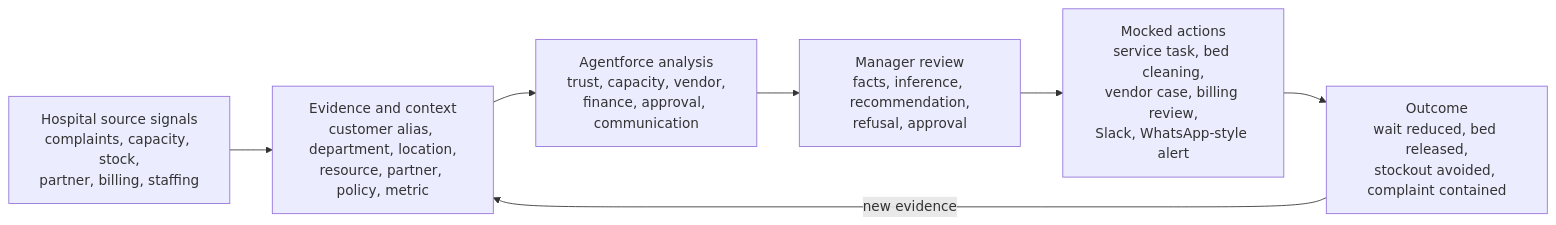
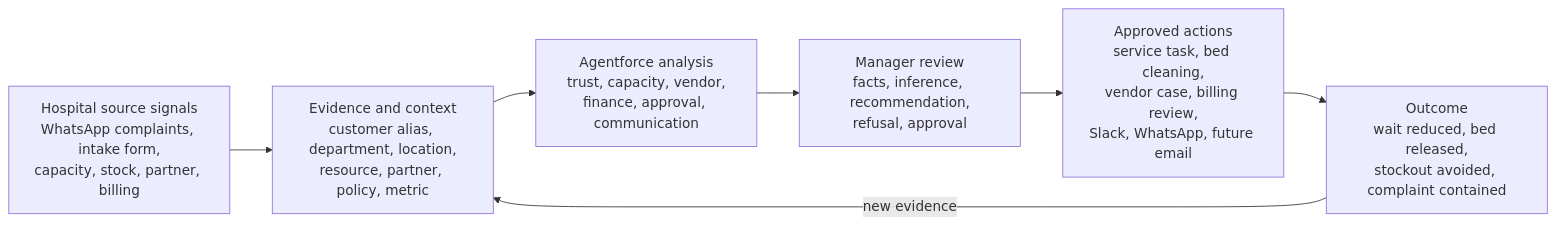
Before and after one commit to freeapikeys/HackathonSalesforce: the first of 2 diagrams in docs/architecture.md, drawn with Mermaid. The commit also changed other lines of this file and 43 other files, not shown here.

Commit message:
docs: define North Star intake and channel flow

````diff
--- a/docs/architecture.md
+++ b/docs/architecture.md
@@ -10,12 +10,12 @@
 ```mermaid
 flowchart LR
-    SOURCES["Hospital source signals<br/>complaints, capacity, stock,<br/>partner, billing, staffing"]
+    SOURCES["Hospital source signals<br/>WhatsApp complaints, intake form,<br/>capacity, stock, partner, billing"]
     CONTEXT["Evidence and context<br/>customer alias, department, location,<br/>resource, partner, policy, metric"]
     AGENTS["Agentforce analysis<br/>trust, capacity, vendor,<br/>finance, approval, communication"]
     REVIEW["Manager review<br/>facts, inference, recommendation,<br/>refusal, approval"]
-    ACTIONS["Mocked actions<br/>service task, bed cleaning,<br/>vendor case, billing review,<br/>Slack, WhatsApp-style alert"]
+    ACTIONS["Approved actions<br/>service task, bed cleaning,<br/>vendor case, billing review,<br/>Slack, WhatsApp, future email"]
     OUTCOME["Outcome<br/>wait reduced, bed released,<br/>stockout avoided, complaint contained"]
 
     SOURCES --> CONTEXT --> AGENTS --> REVIEW --> ACTIONS --> OUTCOME
     OUTCOME -->|"new evidence"| CONTEXT
 ```
````
